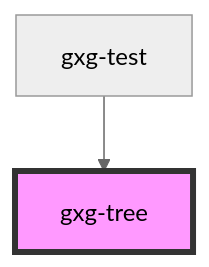
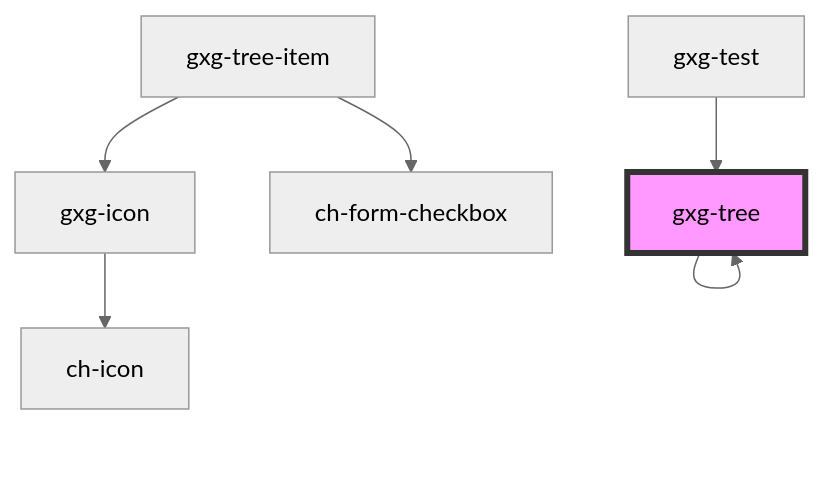
Before and after one commit to genexuslabs/gemini: the diagram in src/components/tree/readme.md, drawn with Mermaid (neutral theme). The commit also changed other lines of this file and 13 other files, not shown here.

````diff
--- a/src/components/tree/readme.md
+++ b/src/components/tree/readme.md
@@ -36,5 +54,9 @@
 ```mermaid
 graph TD;
+  gxg-tree --> gxg-tree
+  gxg-tree-item --> gxg-icon
+  gxg-tree-item --> ch-form-checkbox
+  gxg-icon --> ch-icon
   gxg-test --> gxg-tree
   style gxg-tree fill:#f9f,stroke:#333,stroke-width:4px
 ```
````
